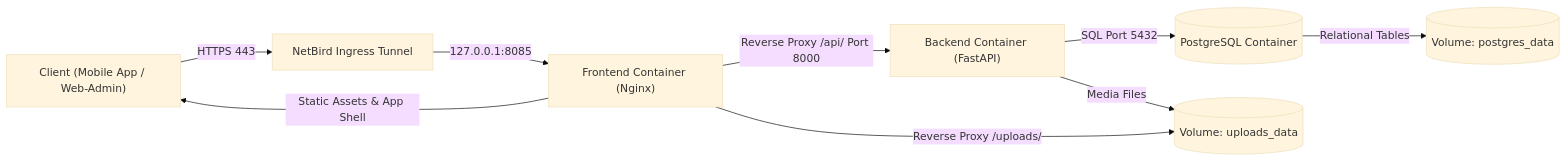
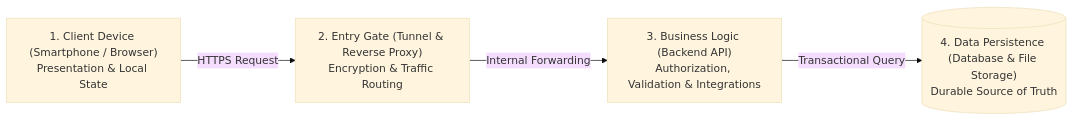
The first of 2 diagrams in content/posts/upa-campus-app-architecture-part-1/index.en.md (Pascal-Thommen/pascal-thommen.github.io), drawn with Mermaid (base theme) before and after one commit. The commit also changed other lines of this file and 25 other files, not shown here.

````diff
--- a/content/posts/upa-campus-app-architecture-part-1/index.en.md
+++ b/content/posts/upa-campus-app-architecture-part-1/index.en.md
@@ -28,11 +28,6 @@
 ```mermaid
 flowchart LR
-    Client["Client (Mobile App / Web-Admin)"] -->|HTTPS 443| NetBird["NetBird Ingress Tunnel"]
-    NetBird -->|127.0.0.1:8085| Nginx["Frontend Container (Nginx)"]
-    Nginx -->|Static Assets & App Shell| Client
-    Nginx -->|Reverse Proxy /api/ Port 8000| Backend["Backend Container (FastAPI)"]
-    Backend -->|SQL Port 5432| DB[("PostgreSQL Container")]
-    DB -->|Relational Tables| VolDB[("Volume: postgres_data")]
-    Backend -->|Media Files| VolMedia[("Volume: uploads_data")]
-    Nginx -->|Reverse Proxy /uploads/| VolMedia
+    Client["1. Client Device (Smartphone / Browser)\nPresentation & Local State"] -->|HTTPS Request| Gateway["2. Entry Gate (Tunnel & Reverse Proxy)\nEncryption & Traffic Routing"]
+    Gateway -->|Internal Forwarding| Logic["3. Business Logic (Backend API)\nAuthorization, Validation & Integrations"]
+    Logic -->|Transactional Query| Storage[("4. Data Persistence (Database & File Storage)\nDurable Source of Truth")]
 ```
````
